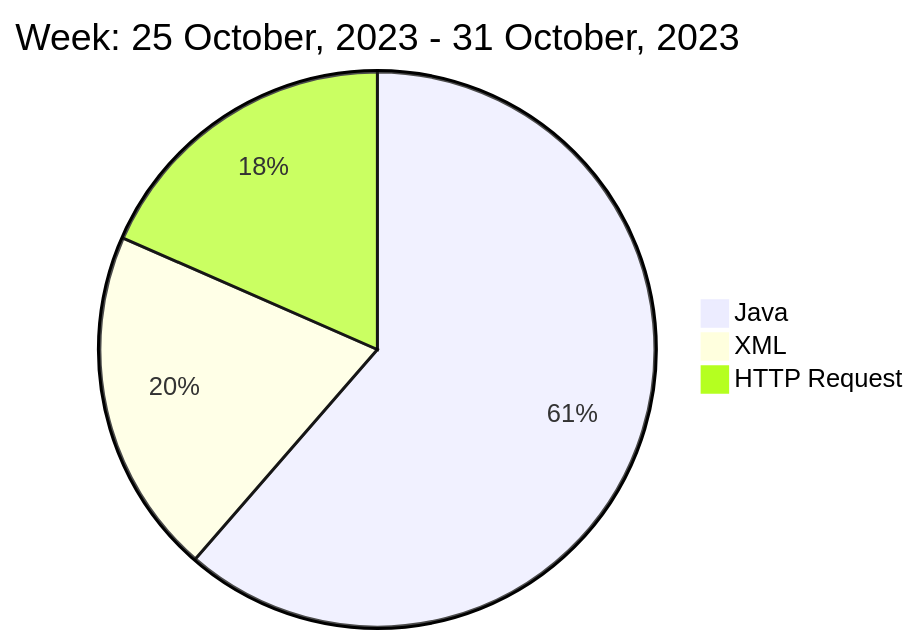
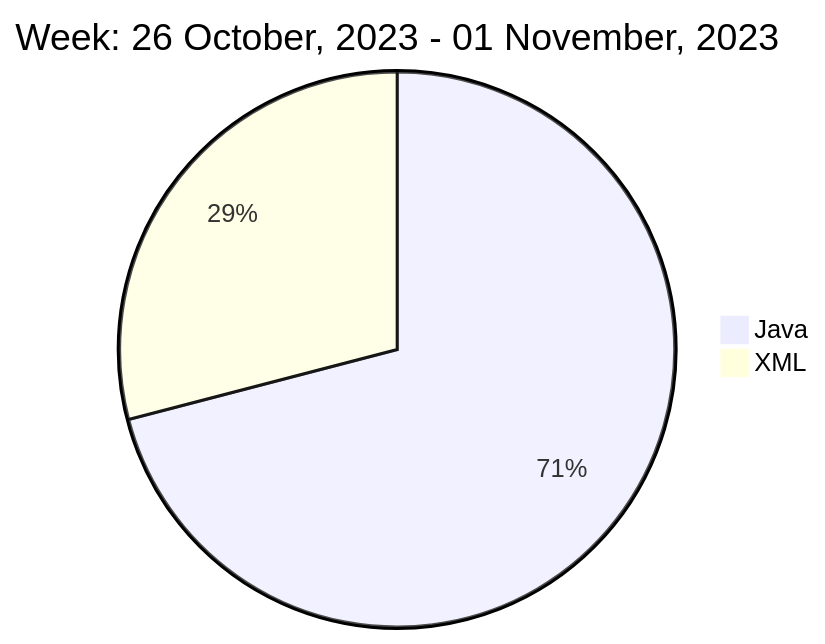
Before and after one commit to liubin95/liubin95: the diagram in README.md, drawn with Mermaid.

Commit message:
Updated the Graph with new Metrics

````diff
--- a/README.md
+++ b/README.md
@@ -40,7 +40,6 @@
 ```mermaid
  pie
-title Week: 25 October, 2023 - 31 October, 2023
- "Java" : 5.23
- "XML" : 1.72
- "HTTP Request" : 1.57
+title Week: 26 October, 2023 - 01 November, 2023
+ "Java" : 3.98
+ "XML" : 1.63
 ```
````
